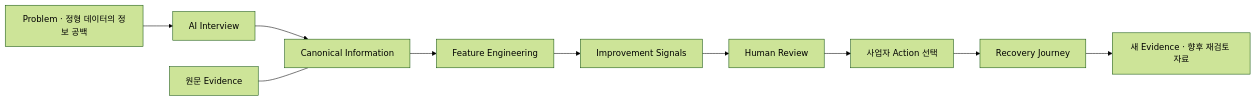
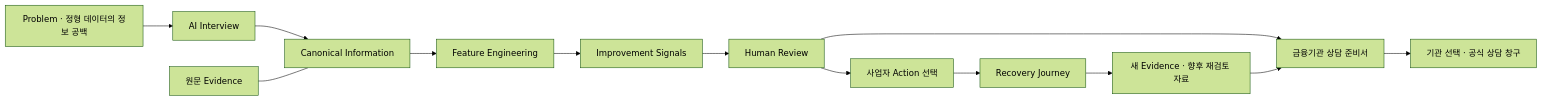
The diagram in README.md (itproanalysis/donghaeng_finance_ai), drawn with Mermaid (forest theme) before and after one commit. The commit also changed other lines of this file and 35 other files, not shown here.

````diff
--- a/README.md
+++ b/README.md
@@ -7,12 +7,15 @@
 ```mermaid
 flowchart LR
     P[Problem · 정형 데이터의 정보 공백] --> I[AI Interview]
     I --> C[Canonical Information]
     E[원문 Evidence] --- C
     C --> F[Feature Engineering]
     F --> S[Improvement Signals]
     S --> H[Human Review]
     H --> A[사업자 Action 선택]
     A --> R[Recovery Journey]
     R --> N[새 Evidence · 향후 재검토 자료]
+    H --> D[금융기관 상담 준비서]
+    N --> D
+    D --> O[기관 선택 · 공식 상담 창구]
 ```
````
